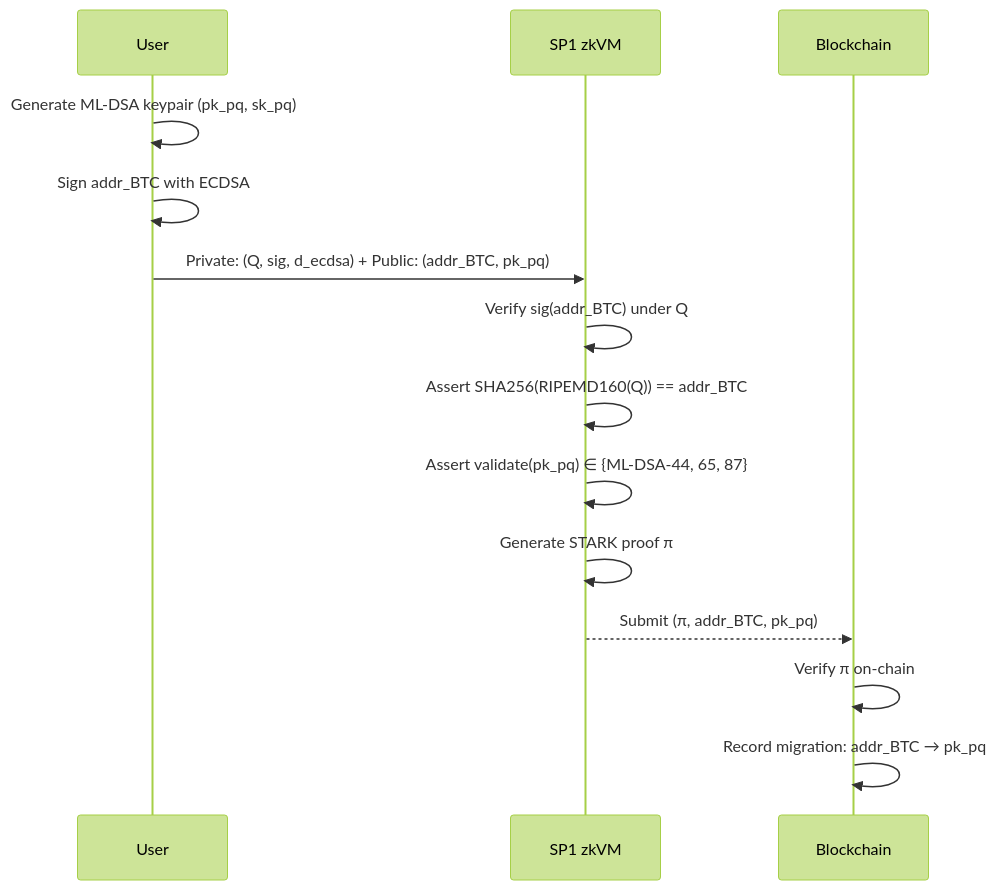
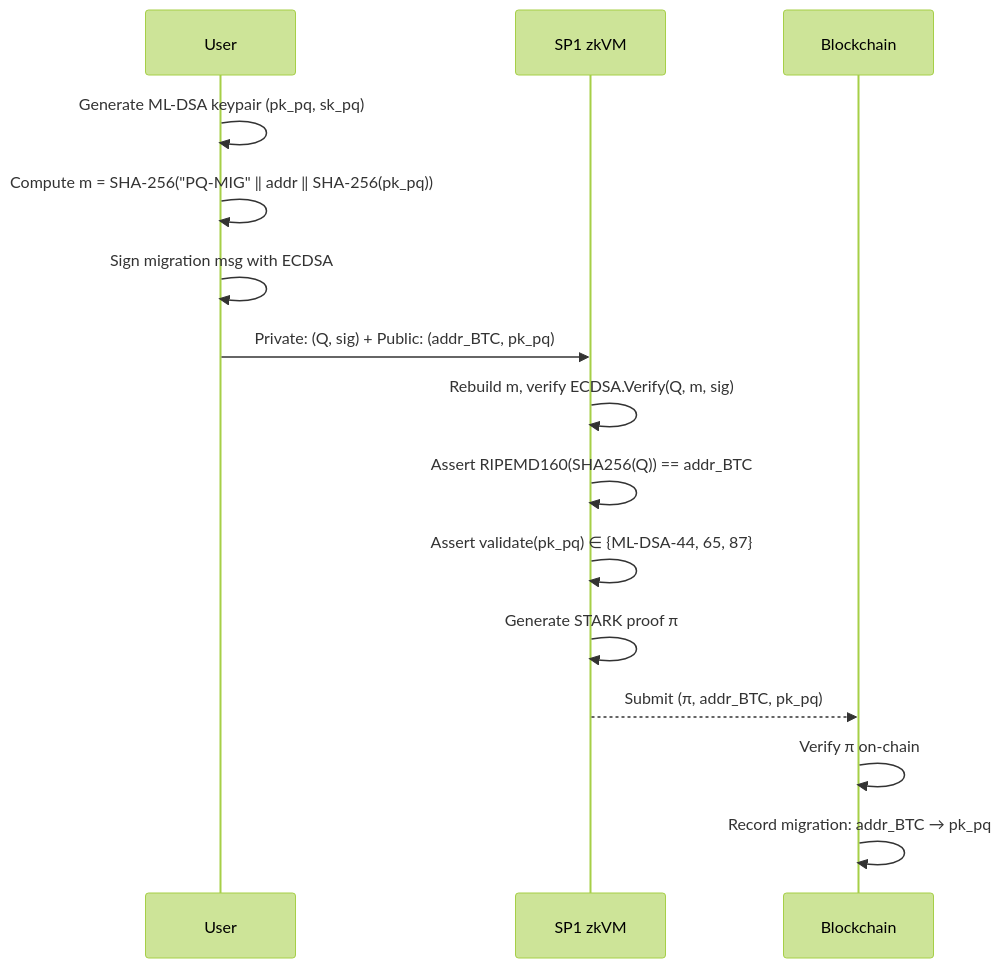
Before and after one commit to skardas/pq_bitcoin: the third of 9 diagrams in README.md, drawn with Mermaid (forest theme). The commit also changed other lines of this file and 5 other files, not shown here.

First line of the commit message:
feat: align BTC circuit ECDSA message with paper Section 6.1

````diff
--- a/README.md
+++ b/README.md
@@ -216,17 +217,18 @@
 ```mermaid
 sequenceDiagram
     participant User
     participant SP1 as SP1 zkVM
     participant Chain as Blockchain
 
     User->>User: Generate ML-DSA keypair (pk_pq, sk_pq)
-    User->>User: Sign addr_BTC with ECDSA
-    User->>SP1: Private: (Q, sig, d_ecdsa) + Public: (addr_BTC, pk_pq)
-    SP1->>SP1: Verify sig(addr_BTC) under Q
-    SP1->>SP1: Assert SHA256(RIPEMD160(Q)) == addr_BTC
+    User->>User: Compute m = SHA-256("PQ-MIG" ‖ addr ‖ SHA-256(pk_pq))
+    User->>User: Sign migration msg with ECDSA
+    User->>SP1: Private: (Q, sig) + Public: (addr_BTC, pk_pq)
+    SP1->>SP1: Rebuild m, verify ECDSA.Verify(Q, m, sig)
+    SP1->>SP1: Assert RIPEMD160(SHA256(Q)) == addr_BTC
     SP1->>SP1: Assert validate(pk_pq) ∈ {ML-DSA-44, 65, 87}
     SP1->>SP1: Generate STARK proof π
     SP1-->>Chain: Submit (π, addr_BTC, pk_pq)
     Chain->>Chain: Verify π on-chain
     Chain->>Chain: Record migration: addr_BTC → pk_pq
 ```
````
